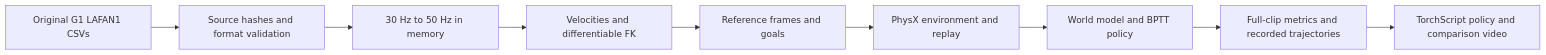
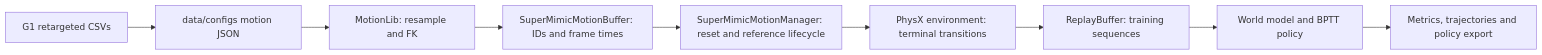
Before and after one commit to Renforce-Dynamics/trackerlab-supermimic: the diagram in docs/data_flow.md, drawn with Mermaid. The commit also changed other lines of this file and 80 other files, not shown here.

Commit message:
refactor: align SuperMimic with TrackerLab modules and data flow

````diff
--- a/docs/data_flow.md
+++ b/docs/data_flow.md
@@ -3,11 +3,11 @@
 ```mermaid
 flowchart LR
-    A[Original G1 LAFAN1 CSVs] --> B[Source hashes and format validation]
-    B --> C[30 Hz to 50 Hz in memory]
-    C --> D[Velocities and differentiable FK]
-    D --> E[Reference frames and goals]
-    E --> F[PhysX environment and replay]
-    F --> G[World model and BPTT policy]
-    G --> H[Full-clip metrics and recorded trajectories]
-    H --> I[TorchScript policy and comparison video]
+    A[G1 retargeted CSVs] --> B[data/configs motion JSON]
+    B --> C[MotionLib: resample and FK]
+    C --> D[SuperMimicMotionBuffer: IDs and frame times]
+    D --> E[SuperMimicMotionManager: reset and reference lifecycle]
+    E --> F[PhysX environment: terminal transitions]
+    F --> G[ReplayBuffer: training sequences]
+    G --> H[World model and BPTT policy]
+    H --> I[Metrics, trajectories and policy export]
 ```
````
